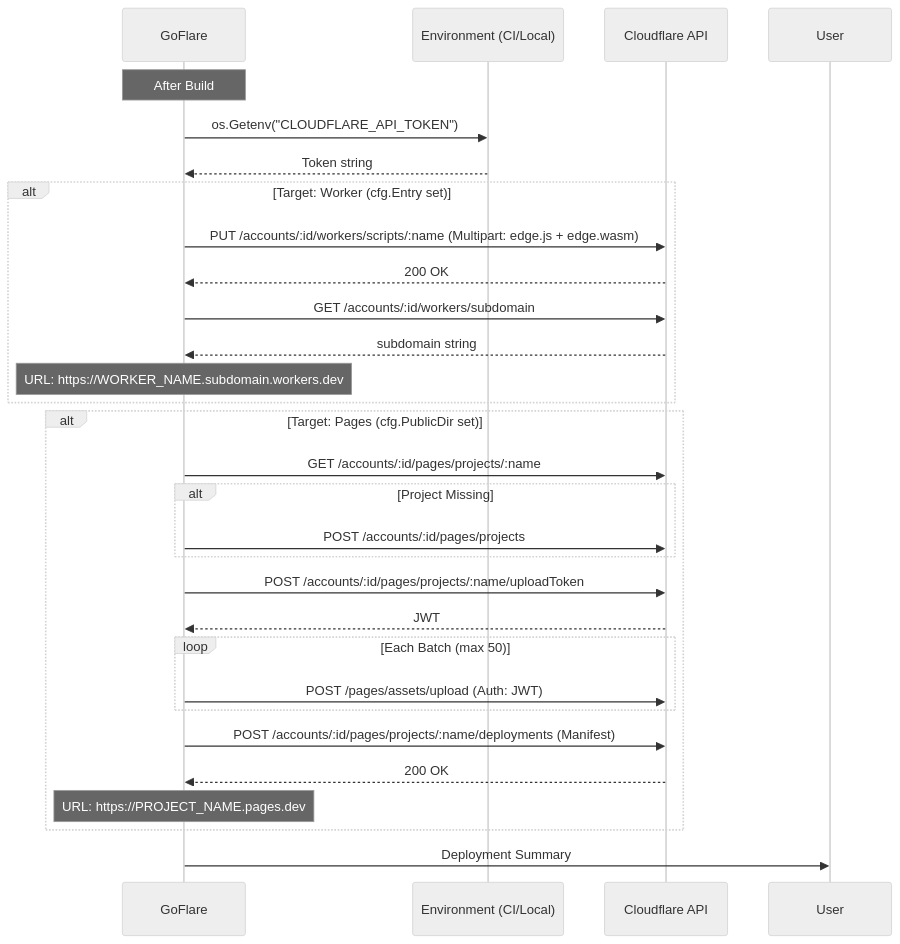
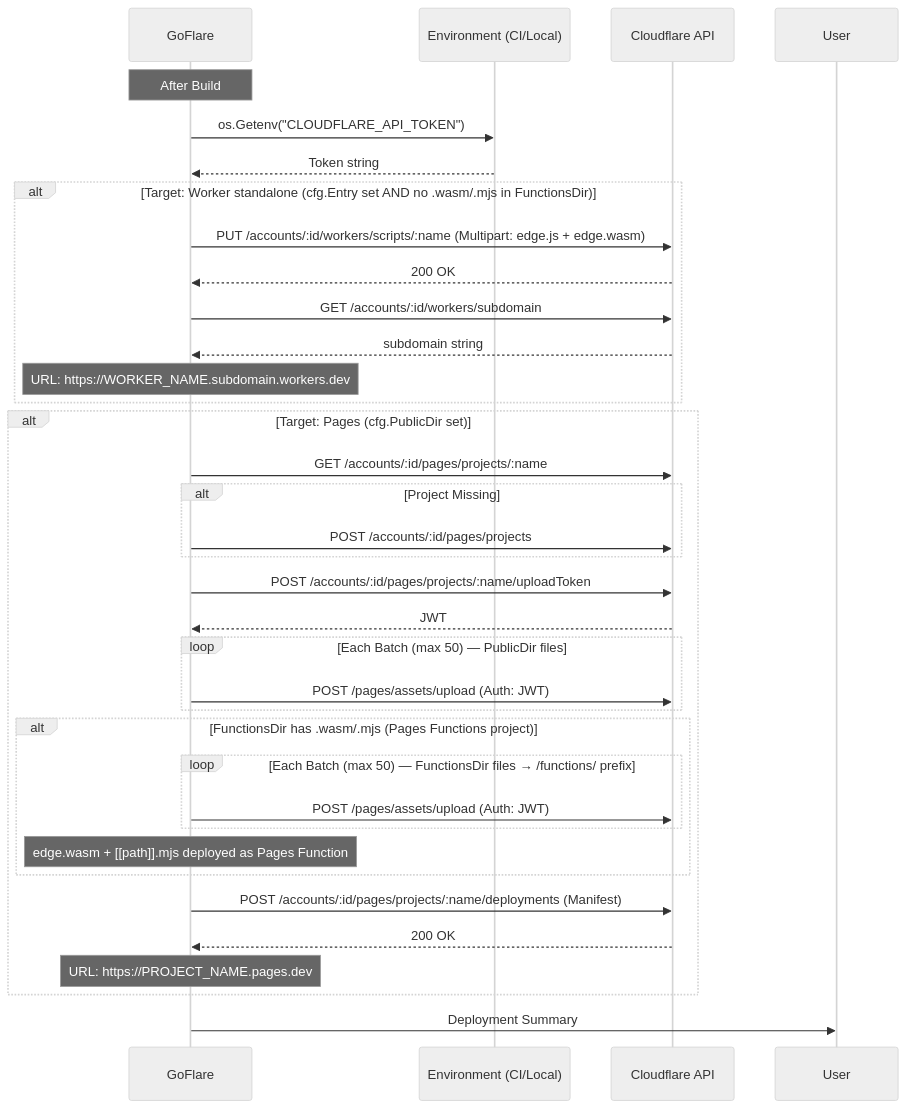
Before and after one commit to tinywasm/goflare: the diagram in docs/diagrams/DEPLOY_FLOW.md, drawn with Mermaid (neutral theme). The commit also changed other lines of this file, not shown here.

Commit message:
docs: update DEPLOY_FLOW diagram — Worker vs Pages Functions routing logic

````diff
--- a/docs/diagrams/DEPLOY_FLOW.md
+++ b/docs/diagrams/DEPLOY_FLOW.md
@@ -1,36 +1,42 @@
 ```mermaid
 sequenceDiagram
     participant G as GoFlare
     participant ENV as Environment (CI/Local)
     participant CF as Cloudflare API
 
     Note over G: After Build
 
     G->>ENV: os.Getenv("CLOUDFLARE_API_TOKEN")
     ENV-->>G: Token string
 
-    alt Target: Worker (cfg.Entry set)
+    alt Target: Worker standalone (cfg.Entry set AND no .wasm/.mjs in FunctionsDir)
         G->>CF: PUT /accounts/:id/workers/scripts/:name (Multipart: edge.js + edge.wasm)
         CF-->>G: 200 OK
         G->>CF: GET /accounts/:id/workers/subdomain
         CF-->>G: subdomain string
         Note over G: URL: https://WORKER_NAME.subdomain.workers.dev
     end
 
     alt Target: Pages (cfg.PublicDir set)
         G->>CF: GET /accounts/:id/pages/projects/:name
         alt Project Missing
             G->>CF: POST /accounts/:id/pages/projects
         end
         G->>CF: POST /accounts/:id/pages/projects/:name/uploadToken
         CF-->>G: JWT
-        loop Each Batch (max 50)
+        loop Each Batch (max 50) — PublicDir files
             G->>CF: POST /pages/assets/upload (Auth: JWT)
+        end
+        alt FunctionsDir has .wasm/.mjs (Pages Functions project)
+            loop Each Batch (max 50) — FunctionsDir files → /functions/ prefix
+                G->>CF: POST /pages/assets/upload (Auth: JWT)
+            end
+            Note over G: edge.wasm + [[path]].mjs deployed as Pages Function
         end
         G->>CF: POST /accounts/:id/pages/projects/:name/deployments (Manifest)
         CF-->>G: 200 OK
         Note over G: URL: https://PROJECT_NAME.pages.dev
     end
 
     G->>User: Deployment Summary
 ```
````
